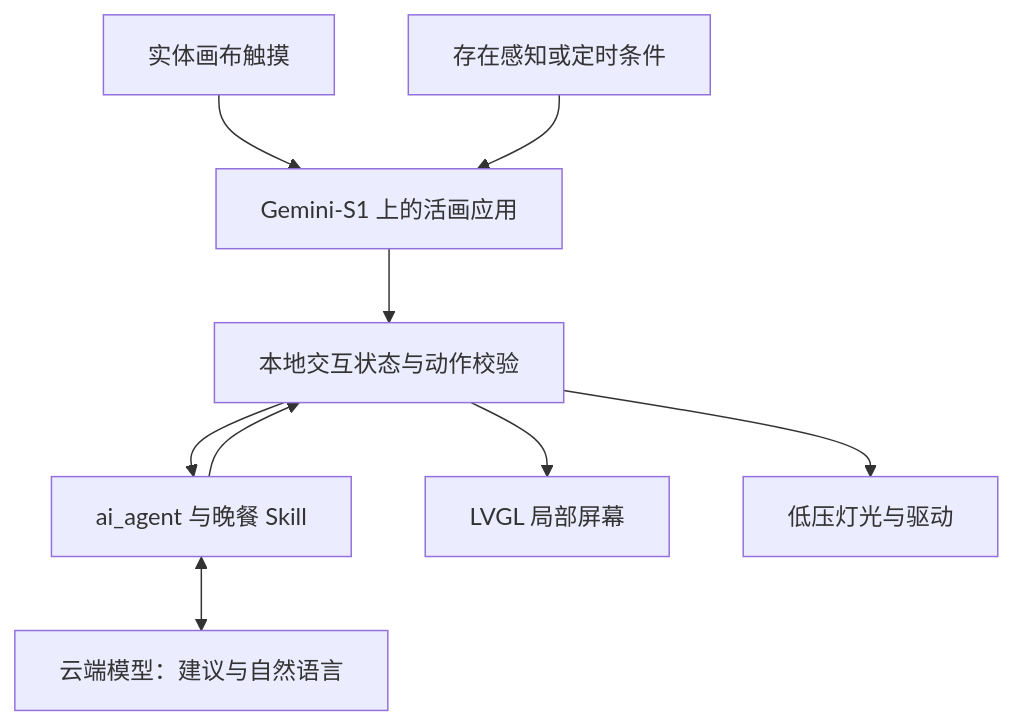
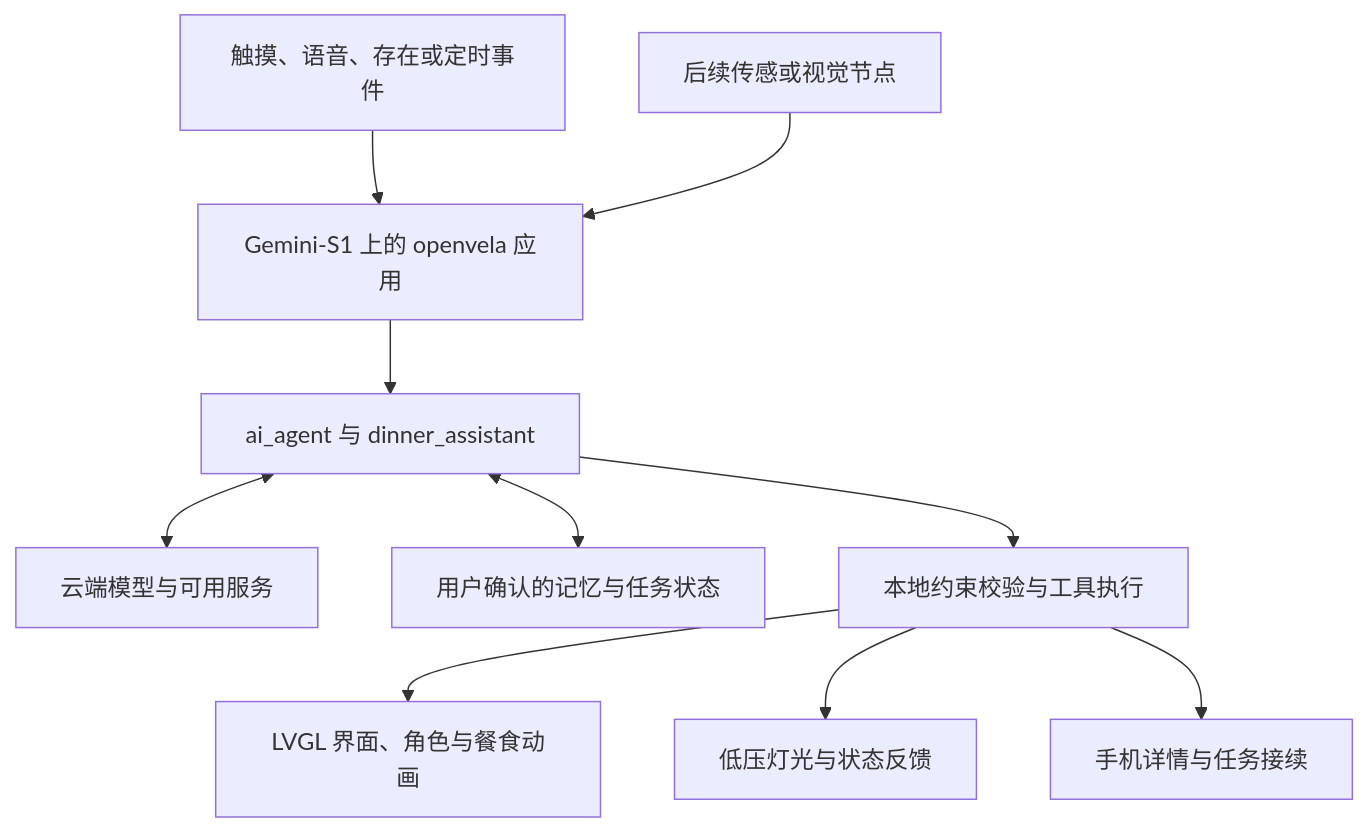
Before and after one commit to abbyxu123/xiaomi-Living-Canvas: the diagram in README.md, drawn with Mermaid. The commit also changed other lines of this file, not shown here.

Commit message:
docs: update README for Huajian product and business roadmap

````diff
--- a/README.md
+++ b/README.md
@@ -46,11 +82,12 @@
 ```mermaid
 flowchart TD
-    A[实体画布触摸] --> C[Gemini-S1 上的活画应用]
-    B[存在感知或定时条件] --> C
-    C --> D[本地交互状态与动作校验]
-    D --> E[ai_agent 与晚餐 Skill]
-    E <--> F[云端模型：建议与自然语言]
-    E --> D
-    D --> G[LVGL 局部屏幕]
-    D --> H[低压灯光与驱动]
+    A[触摸、语音、存在或定时事件] --> B[Gemini-S1 上的 openvela 应用]
+    B --> C[ai_agent 与 dinner_assistant]
+    C <--> D[云端模型与可用服务]
+    C <--> E[用户确认的记忆与任务状态]
+    C --> F[本地约束校验与工具执行]
+    F --> G[LVGL 界面、角色与餐食动画]
+    F --> H[低压灯光与状态反馈]
+    F --> I[手机详情与任务接续]
+    J[后续传感或视觉节点] --> B
 ```
````
